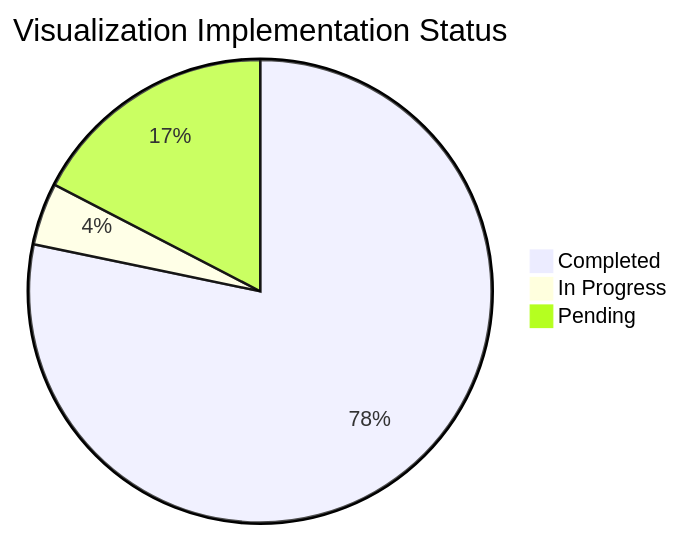
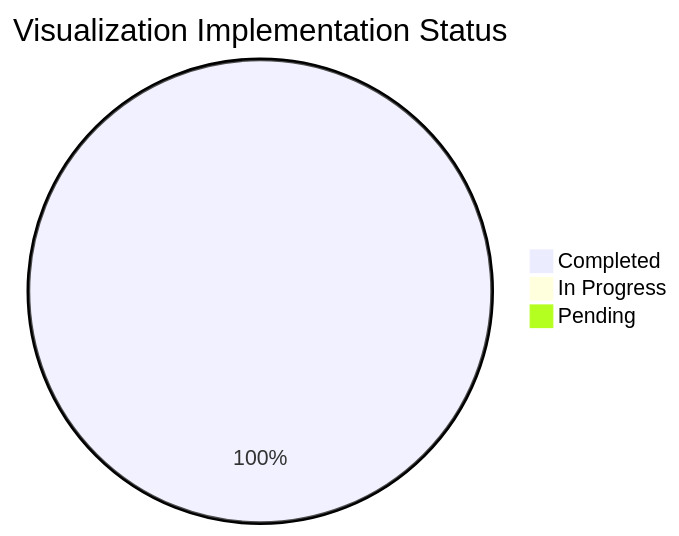
The first of 4 diagrams in VISUALIZATION_TRACKING_TABLE.md (uclgsr/hellobellohellobello), drawn with Mermaid before and after one commit. The commit also changed other lines of this file and 9 other files, not shown here.

Commit message:
Complete all missing visualizations: Add Chapter 2 physiological diagrams (Mermaid), Chapter 3 requirements tables, and Chapter 4 GUI screenshots

````diff
--- a/VISUALIZATION_TRACKING_TABLE.md
+++ b/VISUALIZATION_TRACKING_TABLE.md
@@ -7,6 +7,6 @@
 ```mermaid
 pie title Visualization Implementation Status
-    "Completed" : 18
-    "In Progress" : 1
-    "Pending" : 4
+    "Completed" : 23
+    "In Progress" : 0
+    "Pending" : 0
 ```
````
